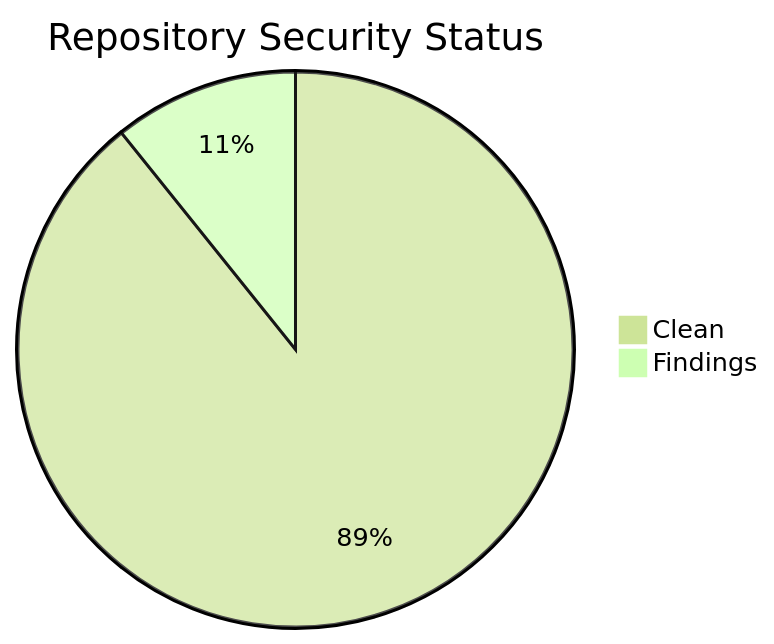
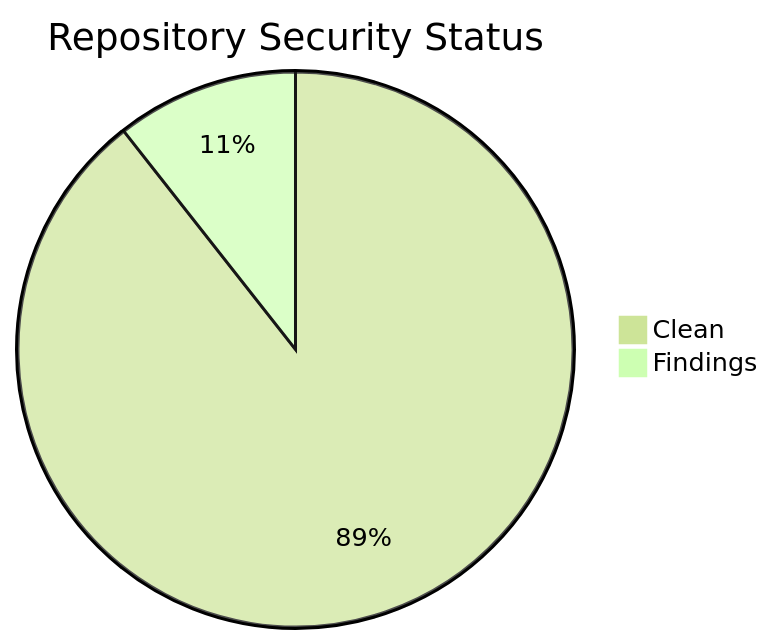
Before and after one commit to icepaule/icepaule.github.io: the second of 2 diagrams in projects/status.md, drawn with Mermaid (forest theme). The commit also changed other lines of this file and 58 other files, not shown here.

````diff
--- a/projects/status.md
+++ b/projects/status.md
@@ -128,5 +129,5 @@
 ```mermaid
 pie title Repository Security Status
-    "Clean" : 58
+    "Clean" : 59
     "Findings" : 7
 ```
````
